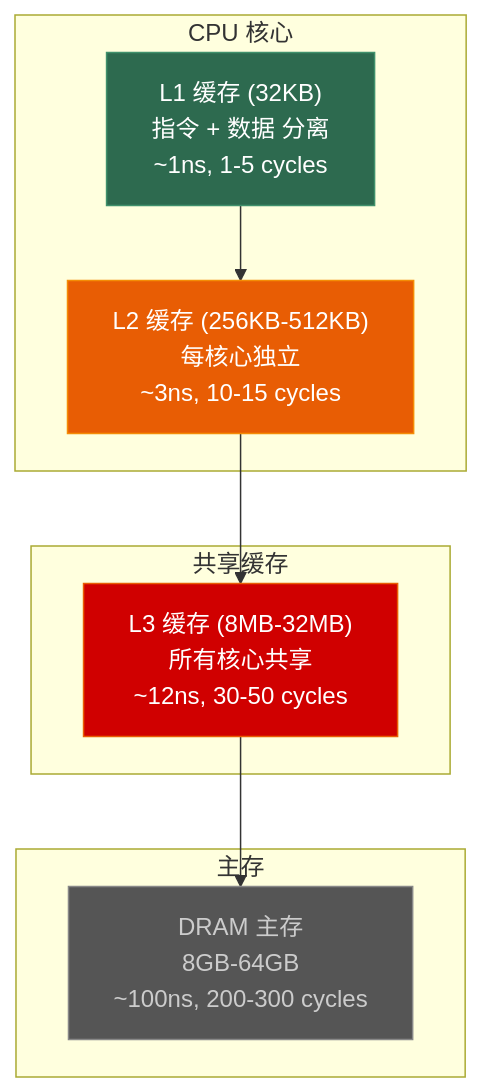
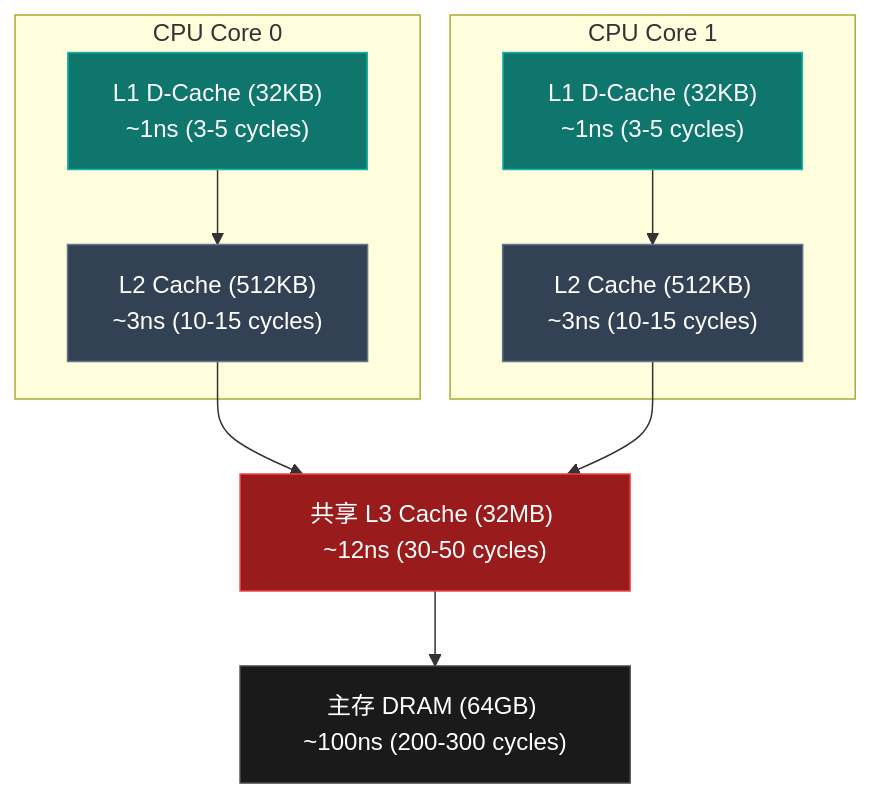
One commit to Lumivers/firefly changed the first of 4 diagrams in src/content/posts/os/04_cpu_cache.md. Above: the diagram before and after it, drawn with Mermaid. The commit also changed other lines of this file and 39 other files, not shown here.

````diff
--- a/src/content/posts/os/04_cpu_cache.md
+++ b/src/content/posts/os/04_cpu_cache.md
@@ -50,22 +44,24 @@
 ```mermaid
 graph TD
-    subgraph "CPU 核心"
-        L1["L1 缓存 (32KB)\n指令 + 数据 分离\n~1ns, 1-5 cycles"]
-        L2["L2 缓存 (256KB-512KB)\n每核心独立\n~3ns, 10-15 cycles"]
+    subgraph "CPU Core 0"
+        L1_0["L1 D-Cache (32KB)\n~1ns (3-5 cycles)"]
+        L2_0["L2 Cache (512KB)\n~3ns (10-15 cycles)"]
     end
-    
-    subgraph "共享缓存"
-        L3["L3 缓存 (8MB-32MB)\n所有核心共享\n~12ns, 30-50 cycles"]
+    subgraph "CPU Core 1"
+        L1_1["L1 D-Cache (32KB)\n~1ns (3-5 cycles)"]
+        L2_1["L2 Cache (512KB)\n~3ns (10-15 cycles)"]
     end
-    
-    subgraph "主存"
-        DRAM["DRAM 主存\n8GB-64GB\n~100ns, 200-300 cycles"]
-    end
-    
-    L1 --> L2 --> L3 --> DRAM
-    
-    style L1 fill:#2d6a4f,stroke:#40916c,color:white
-    style L2 fill:#e85d04,stroke:#f48c06,color:white
-    style L3 fill:#d00000,stroke:#e85d04,color:white
-    style DRAM fill:#555,stroke:#888,color:#ccc
+    L3["共享 L3 Cache (32MB) ~12ns (30-50 cycles)"]
+    DRAM["主存 DRAM (64GB) ~100ns (200-300 cycles)"]
+
+    L1_0 --> L2_0 --> L3
+    L1_1 --> L2_1 --> L3
+    L3 --> DRAM
+
+    style L1_0 fill:#0f766e,stroke:#14b8a6,color:white
+    style L1_1 fill:#0f766e,stroke:#14b8a6,color:white
+    style L2_0 fill:#334155,stroke:#64748b,color:white
+    style L2_1 fill:#334155,stroke:#64748b,color:white
+    style L3 fill:#991b1b,stroke:#ef4444,color:white
+    style DRAM fill:#1a1a1a,stroke:#444,color:white
 ```
````
